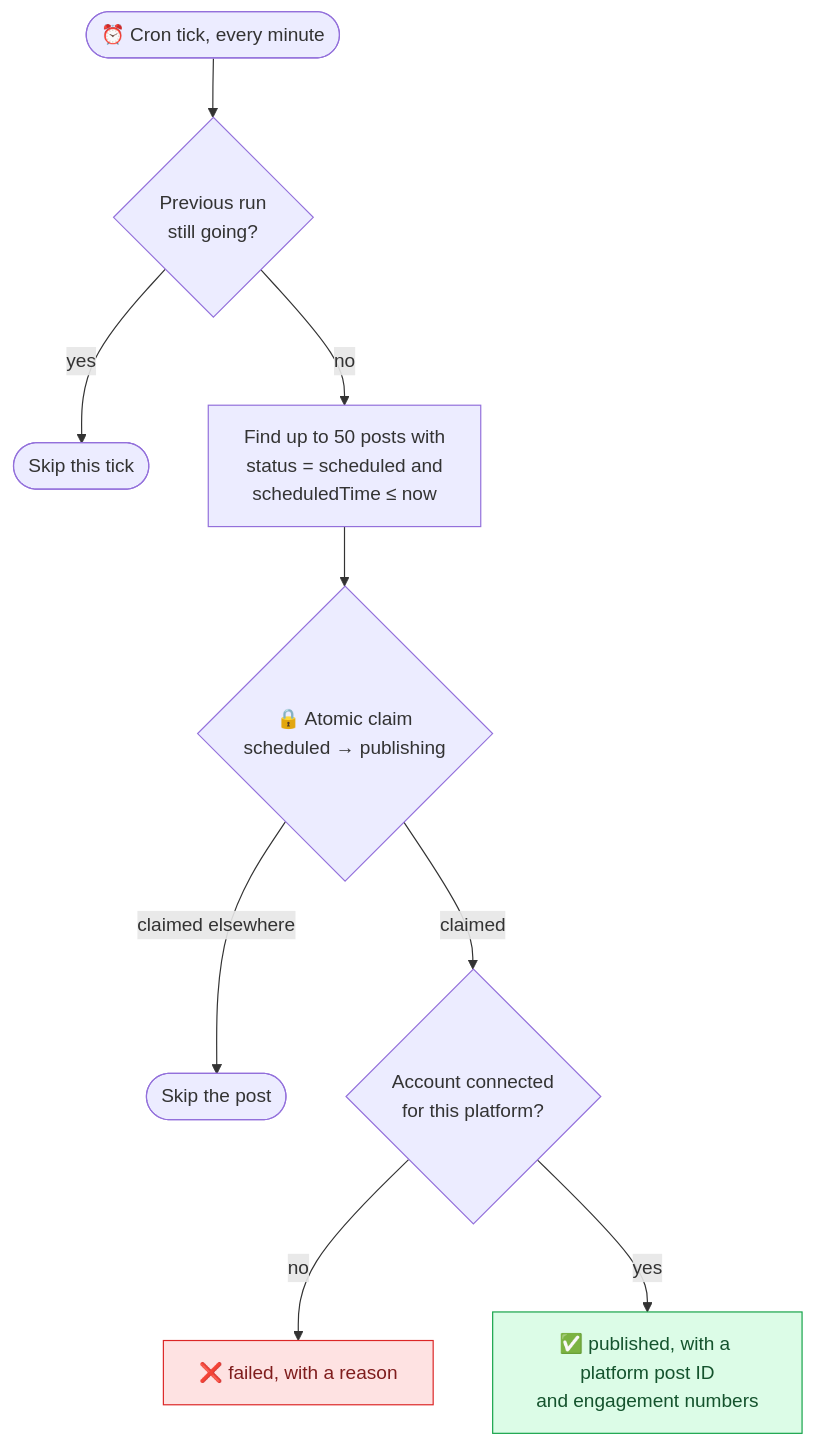
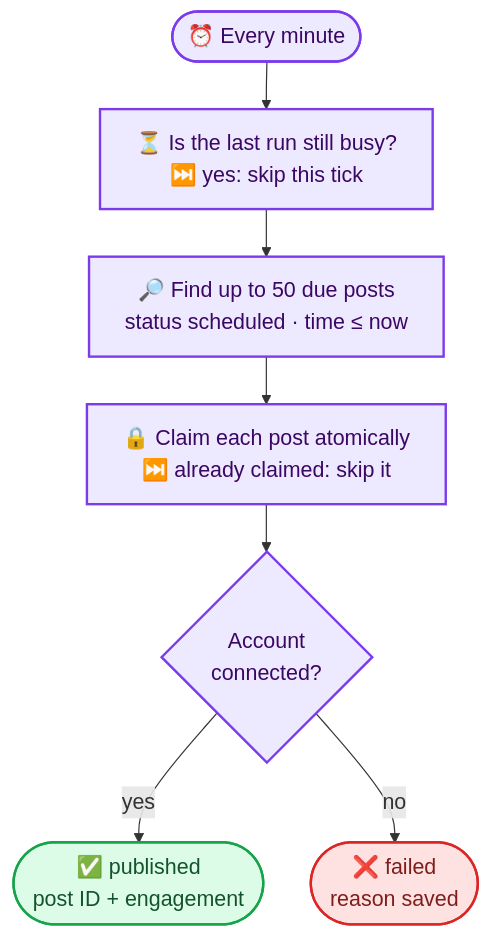
Before and after one commit to anurag-joshi-1403/Social_Sync_Webapp: the eighth of 12 diagrams in README.md, drawn with Mermaid. The commit also changed other lines of this file, not shown here.

Commit message:
docs: update README to enhance architecture and system overview sections

````diff
--- a/README.md
+++ b/README.md
@@ -321,16 +368,17 @@
 ```mermaid
+%%{init: {"themeVariables": {"fontSize": "18px"}, "flowchart": {"wrappingWidth": 360, "nodeSpacing": 40, "rankSpacing": 40}}}%%
 flowchart TD
-    T(["⏰ Cron tick, every minute"]) --> R{"Previous run<br/>still going?"}
-    R -- "yes" --> S(["Skip this tick"])
-    R -- "no" --> Q["Find up to 50 posts with<br/>status = scheduled and<br/>scheduledTime ≤ now"]
-    Q --> L{"🔒 Atomic claim<br/>scheduled → publishing"}
-    L -- "claimed elsewhere" --> K(["Skip the post"])
-    L -- "claimed" --> C{"Account connected<br/>for this platform?"}
-    C -- "no" --> F["❌ failed, with a reason"]
-    C -- "yes" --> P["✅ published, with a platform post ID<br/>and engagement numbers"]
+    T(["⏰ Every minute"]) --> R["⏳ Is the last run still busy?<br/>⏭️ yes: skip this tick"]
+    R --> Q["🔎 Find up to 50 due posts<br/>status scheduled · time ≤ now"]
+    Q --> L["🔒 Claim each post atomically<br/>⏭️ already claimed: skip it"]
+    L --> C{"Account<br/>connected?"}
+    C -- "yes" --> P(["✅ published<br/>post ID + engagement"])
+    C -- "no" --> F(["❌ failed<br/>reason saved"])
 
-    classDef ok fill:#DCFCE7,stroke:#16A34A,color:#14532D
-    classDef bad fill:#FEE2E2,stroke:#DC2626,color:#7F1D1D
+    classDef step fill:#EDE9FE,stroke:#7C3AED,stroke-width:2px,color:#3B0764
+    classDef ok fill:#DCFCE7,stroke:#16A34A,stroke-width:2px,color:#14532D
+    classDef bad fill:#FEE2E2,stroke:#DC2626,stroke-width:2px,color:#7F1D1D
+    class T,R,Q,L,C step
     class P ok
     class F bad
 ```
````
